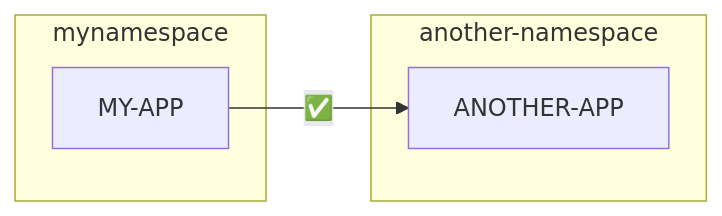
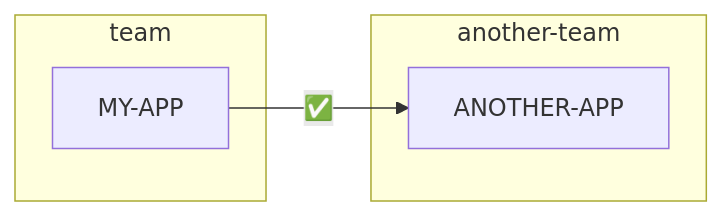
One commit to nais/doc changed the fourth of 5 diagrams in docs/workloads/how-to/access-policies.md. Above: the diagram before and after it, drawn with Mermaid. The commit also changed other lines of this file and 8 other files, not shown here.

````diff
--- a/docs/workloads/how-to/access-policies.md
+++ b/docs/workloads/how-to/access-policies.md
@@ -145,15 +149,15 @@
     ```mermaid
     graph LR
-      accTitle: Send requests to other app in another-namespace
-      accDescr: The diagram shows two applications in different namespaces, <MY-APP> and <ANOTHER-APP>. Application <MY-APP> is allowed to send requests to <ANOTHER-APP>.
+      accTitle: Send requests to an app in another team
+      accDescr: The diagram shows two applications in different teams, MY-APP and ANOTHER-APP. Application MY-APP is allowed to send requests to ANOTHER-APP.
 
       MY-APP--"✅"-->ANOTHER-APP
 
-      subgraph mynamespace
+      subgraph team
         MY-APP
       end
 
-      subgraph another-namespace
+      subgraph another-team
         ANOTHER-APP
       end
     ```
````
